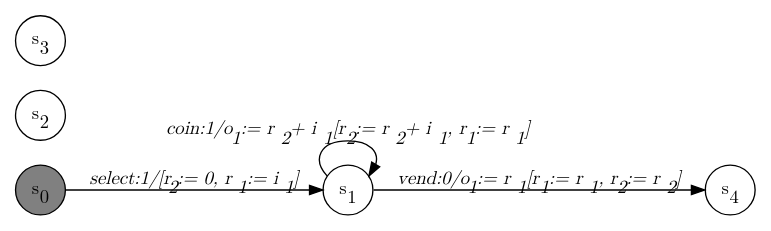
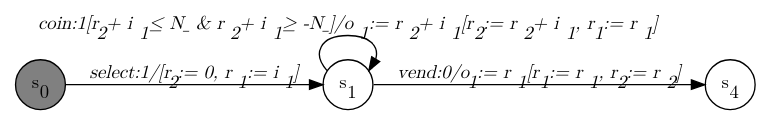
Before and after one commit to jmafoster1/efsm-sal: the diagram in dotfiles/Inference_Answer.dot, drawn with Graphviz. The commit also changed 51 other files, not shown here.

```diff
--- a/dotfiles/Inference_Answer.dot
+++ b/dotfiles/Inference_Answer.dot
@@ -1,15 +1,13 @@
 digraph Inference_Answer{
-   graph [rankdir="LR", fontname="Latin Modern Math"];
-   node [color="black", fillcolor="white", shape="circle", style="filled", fontname="Latin Modern Math"];
-   edge [fontname="Latin Modern Math"];
+    graph [rankdir="LR", fontname="Latin Modern Math"];
+    node [color="black", fillcolor="white", shape="circle", style="filled", fontname="Latin Modern Math"];
+    edge [fontname="Latin Modern Math"];
 
-   s0[fillcolor="gray", label=<s<sub>0</sub>>];
-   s1[label=<s<sub>1</sub>>];
-   s2[label=<s<sub>2</sub>>];
-   s3[label=<s<sub>3</sub>>];
-   s4[label=<s<sub>4</sub>>];
+    s0[fillcolor="gray", label=<s<sub>0</sub>>];
+    s1[label=<s<sub>1</sub>>];
+    s4[label=<s<sub>4</sub>>];
 
-   s0->s1[label=<<i>select:1/&#91;r<sub>2</sub> := 0, r<sub>1</sub> := i<sub>1</sub>&#93;</i>>];
-   s1->s1[label=<<i>coin:1/o<sub>1</sub> := r<sub>2</sub> + i<sub>1</sub>&#91;r<sub>2</sub> := r<sub>2</sub> + i<sub>1</sub>, r<sub>1</sub> := r<sub>1</sub>&#93;</i>>];
-   s1->s4[label=<<i>vend:0/o<sub>1</sub> := r<sub>1</sub>&#91;r<sub>1</sub> := r<sub>1</sub>, r<sub>2</sub> := r<sub>2</sub>&#93;</i>>];
+    s0->s1[label=<<i>select:1/&#91;r<sub>2</sub> := 0, r<sub>1</sub> := i<sub>1</sub>&#93;</i>>];
+    s1->s1[label=<<i>coin:1&#91;r<sub>2</sub> + i<sub>1</sub> &le; N_ &amp; r<sub>2</sub> + i<sub>1</sub> &ge; -N_&#93;/o<sub>1</sub> := r<sub>2</sub> + i<sub>1</sub>&#91;r<sub>2</sub> := r<sub>2</sub> + i<sub>1</sub>, r<sub>1</sub> := r<sub>1</sub>&#93;</i>>];
+    s1->s4[label=<<i>vend:0/o<sub>1</sub> := r<sub>1</sub>&#91;r<sub>1</sub> := r<sub>1</sub>, r<sub>2</sub> := r<sub>2</sub>&#93;</i>>];
 }
```
